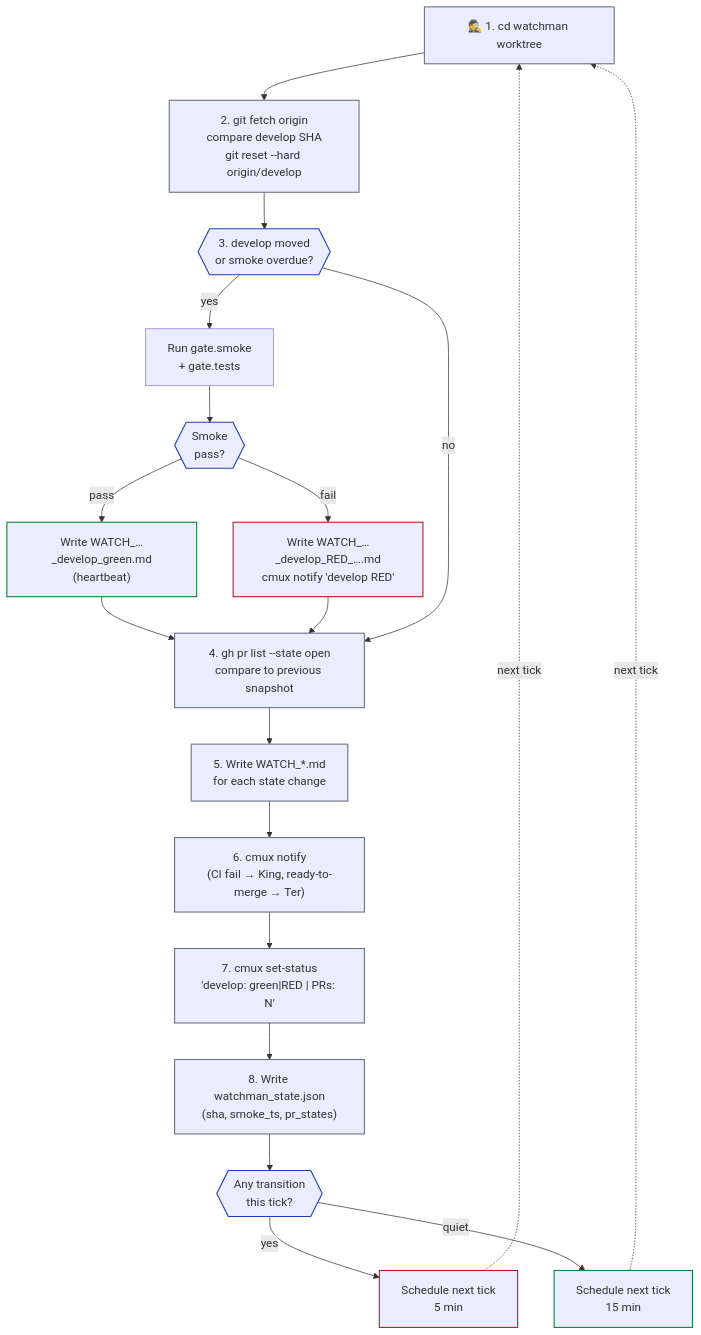
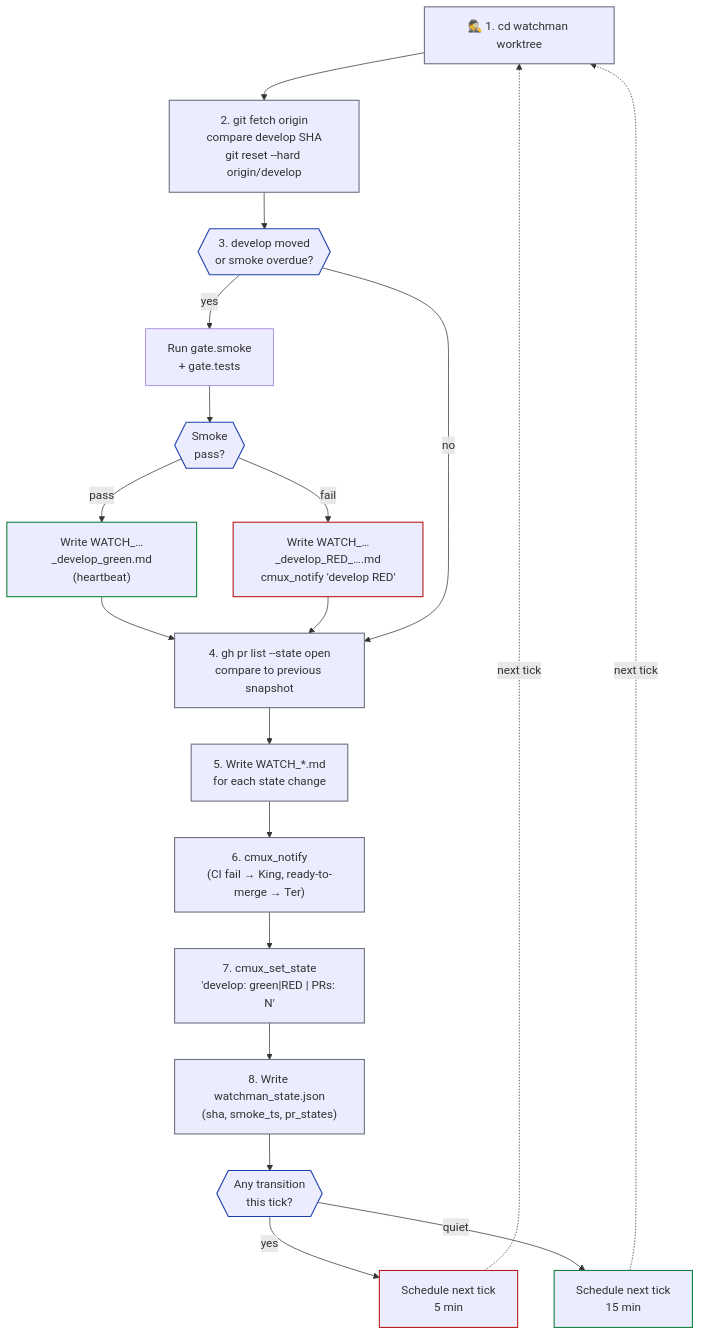
One commit to chatthong/kingdom changed the first of 2 diagrams in .kingdom/.setting/roles/watchman.md. Above: the diagram before and after it, drawn with Mermaid. The commit also changed other lines of this file and 69 other files, not shown here.

````diff
--- a/.kingdom/.setting/roles/watchman.md
+++ b/.kingdom/.setting/roles/watchman.md
@@ -39,39 +39,39 @@
 ```mermaid
 flowchart TB
     T1["🕵️ 1. cd watchman worktree"]
     T2["2. git fetch origin\ncompare develop SHA\ngit reset --hard origin/develop"]
     T3{{"3. develop moved\nor smoke overdue?"}}
     T4["Run gate.smoke\n+ gate.tests"]
     T5{{"Smoke\npass?"}}
     T6["Write WATCH_…_develop_green.md\n(heartbeat)"]
-    T7["Write WATCH_…_develop_RED_….md\ncmux notify 'develop RED'"]
+    T7["Write WATCH_…_develop_RED_….md\ncmux_notify 'develop RED'"]
     T8["4. gh pr list --state open\ncompare to previous snapshot"]
     T9["5. Write WATCH_*.md\nfor each state change"]
-    T10["6. cmux notify\n(CI fail → King, ready-to-merge → Ter)"]
-    T11["7. cmux set-status\n'develop: green|RED | PRs: N'"]
+    T10["6. cmux_notify\n(CI fail → King, ready-to-merge → Ter)"]
+    T11["7. cmux_set_state\n'develop: green|RED | PRs: N'"]
     T12["8. Write watchman_state.json\n(sha, smoke_ts, pr_states)"]
     PACE{{"Any transition\nthis tick?"}}
     WAIT5["Schedule next tick\n5 min"]
     WAIT15["Schedule next tick\n15 min"]
 
     T1 --> T2 --> T3
     T3 -- yes --> T4 --> T5
     T5 -- pass --> T6 --> T8
     T5 -- fail --> T7 --> T8
     T3 -- no --> T8
     T8 --> T9 --> T10 --> T11 --> T12 --> PACE
     PACE -- yes --> WAIT5
     PACE -- quiet --> WAIT15
 
     WAIT5 -.->|"next tick"| T1
     WAIT15 -.->|"next tick"| T1
 
     classDef step stroke:#6b7280,stroke-width:1.5px
     classDef decision stroke:#1e40af,stroke-width:1.5px
     classDef alert stroke:#b91c1c,stroke-width:1.5px
     classDef ok stroke:#15803d,stroke-width:1.5px
     class T1,T2,T8,T9,T10,T11,T12 step
     class T3,T5,PACE decision
     class T7,WAIT5 alert
     class T6,WAIT15 ok
 ```
````
